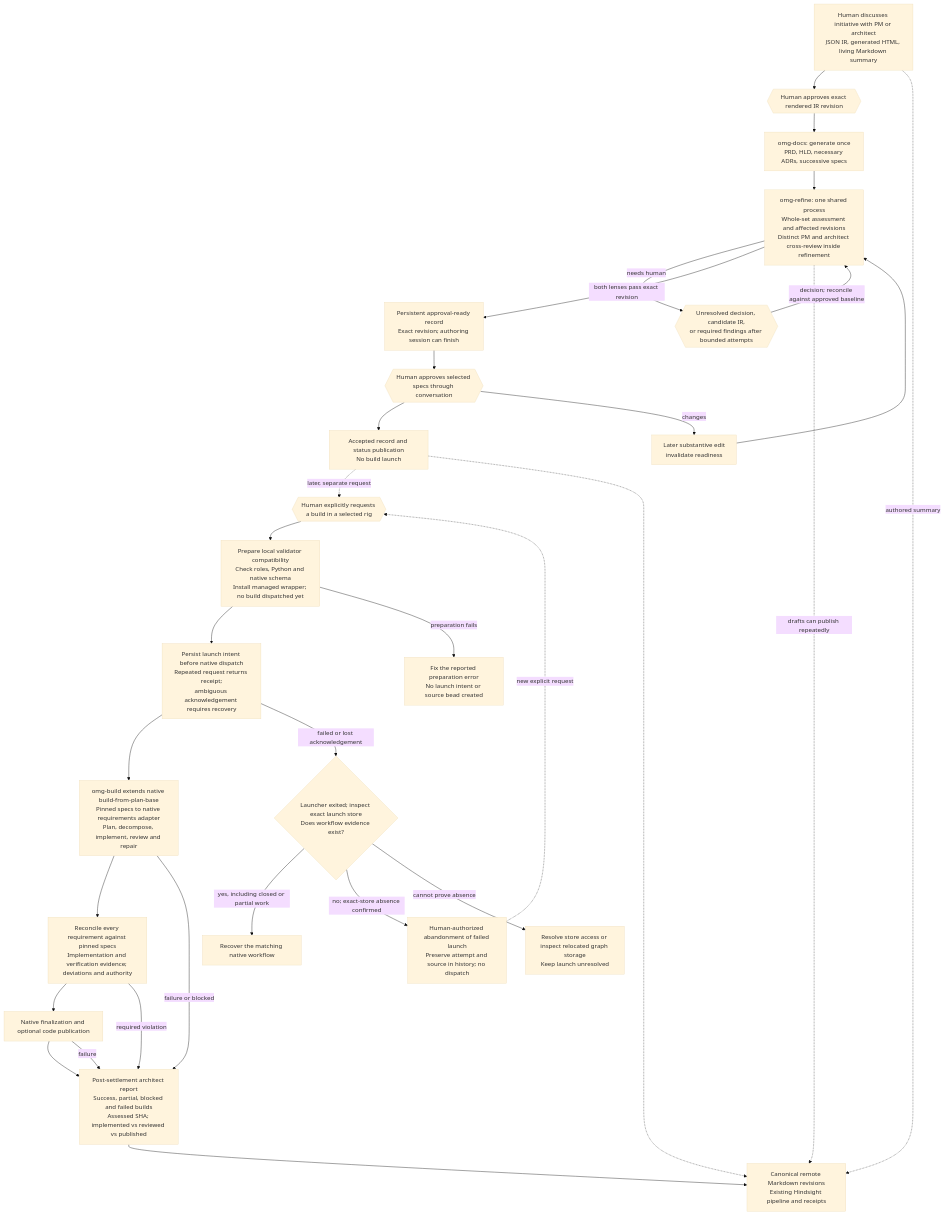
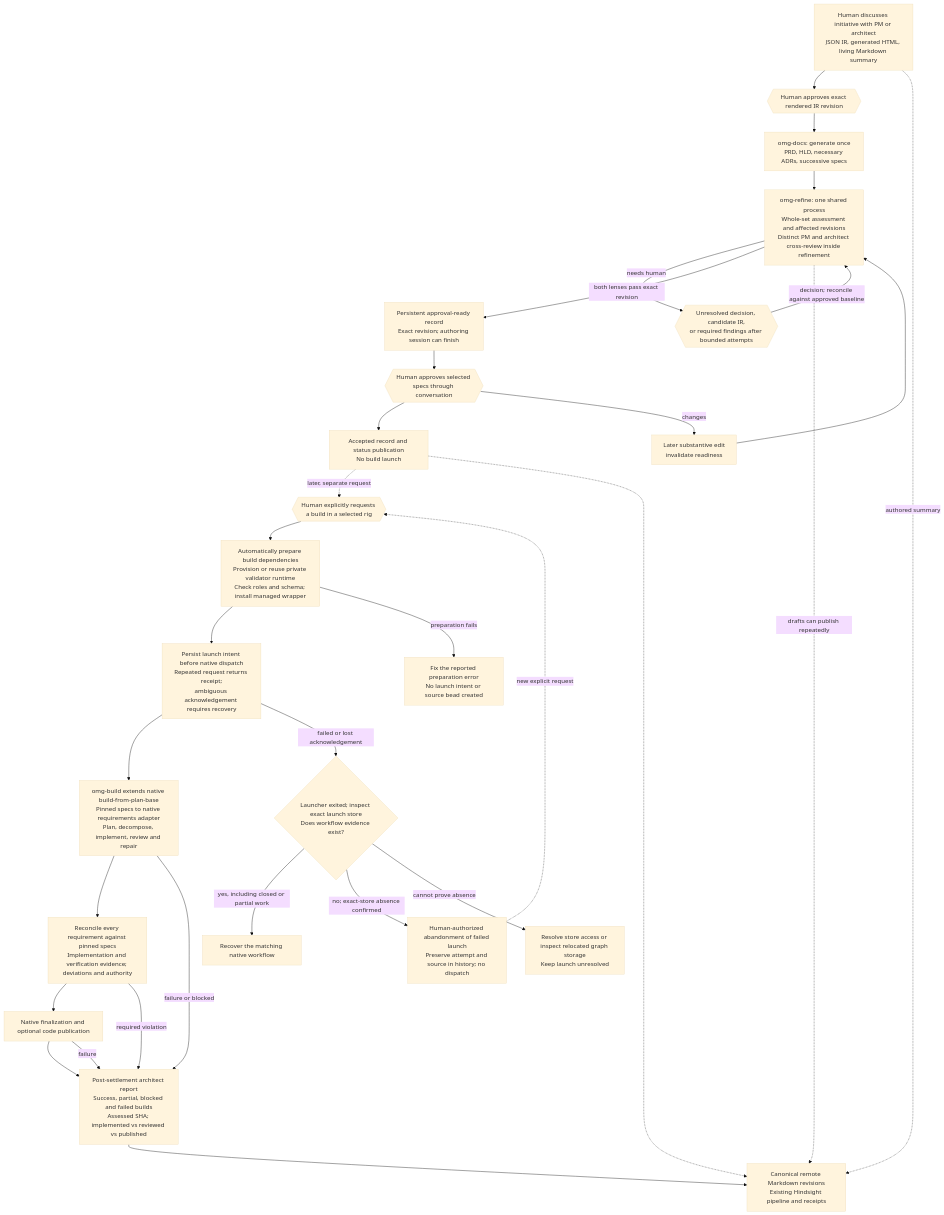
The first of 15 diagrams in omg_flowchart.md (Toady00/open-mardi-gras), drawn with Mermaid (base theme) before and after one commit. The commit also changed other lines of this file and 9 other files, not shown here.

First line of the commit message:
Manage validator dependencies automatically

````diff
--- a/omg_flowchart.md
+++ b/omg_flowchart.md
@@ -34,47 +34,47 @@
 ```mermaid
 flowchart TD
     TALK["Human discusses initiative with PM or architect<br/>JSON IR, generated HTML, living Markdown summary"]
     IR{{"Human approves exact rendered IR revision"}}
     INITIAL["omg-docs: generate once<br/>PRD, HLD, necessary ADRs, successive specs"]
     EDIT["Later substantive edit<br/>invalidate readiness"]
     REFINE["omg-refine: one shared process<br/>Whole-set assessment and affected revisions<br/>Distinct PM and architect cross-review inside refinement"]
     NEED{{"Unresolved decision, candidate IR,<br/>or required findings after bounded attempts"}}
     QUEUE["Persistent approval-ready record<br/>Exact revision; authoring session can finish"]
     SPECS{{"Human approves selected specs through conversation"}}
     ACCEPTED["Accepted record and status publication<br/>No build launch"]
     START{{"Human explicitly requests a build in a selected rig"}}
-    PREP["Prepare local validator compatibility<br/>Check roles, Python and native schema<br/>Install managed wrapper; no build dispatched yet"]
+    PREP["Automatically prepare build dependencies<br/>Provision or reuse private validator runtime<br/>Check roles and schema; install managed wrapper"]
     PREPFAIL["Fix the reported preparation error<br/>No launch intent or source bead created"]
     INTENT["Persist launch intent before native dispatch<br/>Repeated request returns receipt;<br/>ambiguous acknowledgement requires recovery"]
     RECOVER{"Launcher exited; inspect exact launch store<br/>Does workflow evidence exist?"}
     BIND["Recover the matching native workflow"]
     ABANDON["Human-authorized abandonment of failed launch<br/>Preserve attempt and source in history; no dispatch"]
     INSPECT["Resolve store access or inspect relocated graph storage<br/>Keep launch unresolved"]
     NATIVE["omg-build extends native build-from-plan-base<br/>Pinned specs to native requirements adapter<br/>Plan, decompose, implement, review and repair"]
     RECON["Reconcile every requirement against pinned specs<br/>Implementation and verification evidence; deviations and authority"]
     FINAL["Native finalization and optional code publication"]
     REPORT["Post-settlement architect report<br/>Success, partial, blocked and failed builds<br/>Assessed SHA; implemented vs reviewed vs published"]
     SHIP["Canonical remote Markdown revisions<br/>Existing Hindsight pipeline and receipts"]
     TALK --> IR --> INITIAL --> REFINE
     EDIT --> REFINE
     REFINE -->|"needs human"| NEED
     NEED -->|"decision; reconcile against approved baseline"| REFINE
     REFINE -->|"both lenses pass exact revision"| QUEUE
     QUEUE --> SPECS --> ACCEPTED
     SPECS -->|"changes"| EDIT
     ACCEPTED -.->|"later, separate request"| START
     START --> PREP --> INTENT --> NATIVE --> RECON --> FINAL --> REPORT
     PREP -->|"preparation fails"| PREPFAIL
     INTENT -->|"failed or lost acknowledgement"| RECOVER
     RECOVER -->|"yes, including closed or partial work"| BIND
     RECOVER -->|"no; exact-store absence confirmed"| ABANDON
     RECOVER -->|"cannot prove absence"| INSPECT
     ABANDON -.->|"new explicit request"| START
     NATIVE -->|"failure or blocked"| REPORT
     RECON -->|"required violation"| REPORT
     FINAL -->|"failure"| REPORT
     TALK -.->|"authored summary"| SHIP
     REFINE -.->|"drafts can publish repeatedly"| SHIP
     ACCEPTED -.-> SHIP
     REPORT --> SHIP
 ```
````
